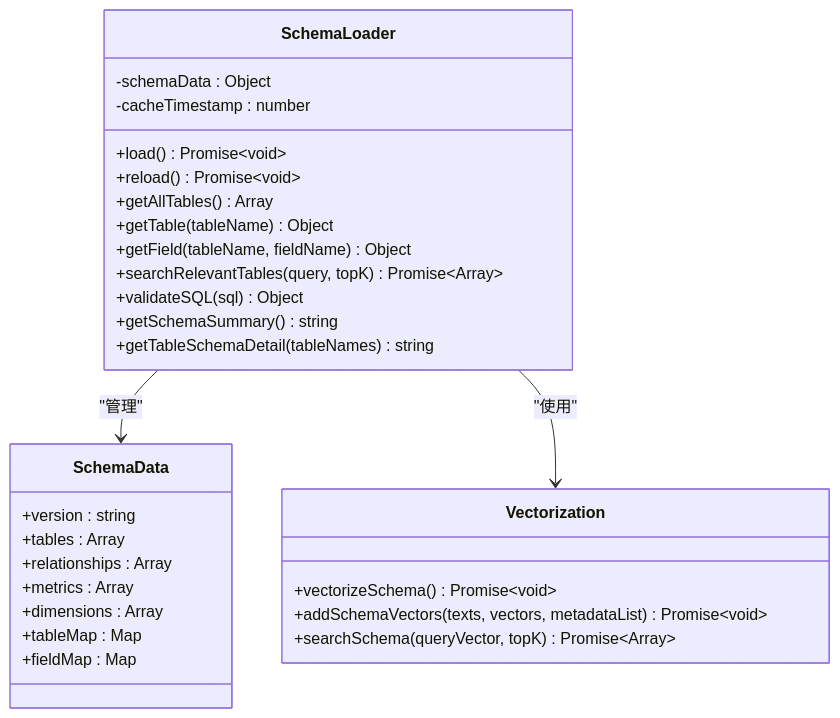
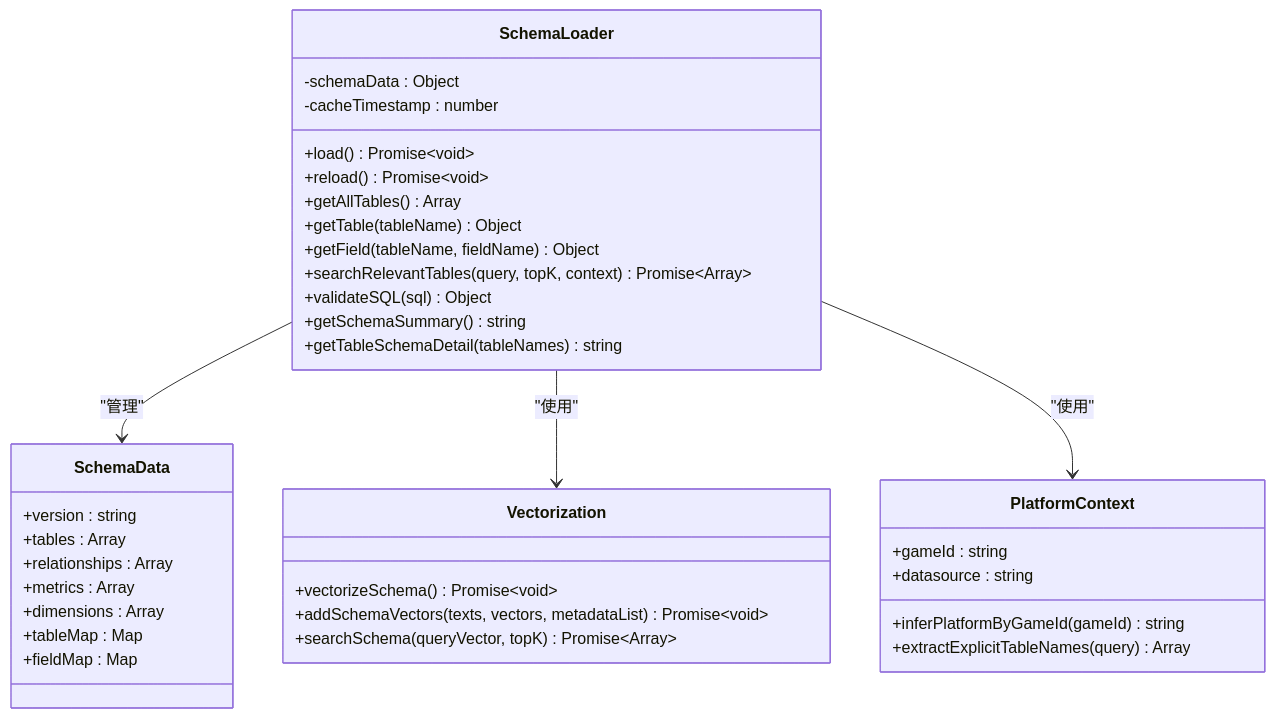
Before and after one commit to HanHuiOnLine/724-office: diagram 12 of 18 in .qoder/repowiki/zh/content/核心模块详解/NL2SQL自然语言到SQL系统/NL2SQL自然语言到SQL系统.md, drawn with Mermaid. The commit also changed other lines of this file and 115 other files, not shown here.

````diff
--- a/.qoder/repowiki/zh/content/核心模块详解/NL2SQL自然语言到SQL系统/NL2SQL自然语言到SQL系统.md
+++ b/.qoder/repowiki/zh/content/核心模块详解/NL2SQL自然语言到SQL系统/NL2SQL自然语言到SQL系统.md
@@ -530,32 +600,39 @@
 ```mermaid
 classDiagram
 class SchemaLoader {
 -schemaData : Object
 -cacheTimestamp : number
 +load() Promise~void~
 +reload() Promise~void~
 +getAllTables() Array
 +getTable(tableName) Object
 +getField(tableName, fieldName) Object
-+searchRelevantTables(query, topK) Promise~Array~
++searchRelevantTables(query, topK, context) Promise~Array~
 +validateSQL(sql) Object
 +getSchemaSummary() string
 +getTableSchemaDetail(tableNames) string
 }
 class SchemaData {
 +version : string
 +tables : Array
 +relationships : Array
 +metrics : Array
 +dimensions : Array
 +tableMap : Map
 +fieldMap : Map
 }
 class Vectorization {
 +vectorizeSchema() Promise~void~
 +addSchemaVectors(texts, vectors, metadataList) Promise~void~
 +searchSchema(queryVector, topK) Promise~Array~
 }
+class PlatformContext {
++gameId : string
++datasource : string
++inferPlatformByGameId(gameId) string
++extractExplicitTableNames(query) Array
+}
 SchemaLoader --> SchemaData : "管理"
 SchemaLoader --> Vectorization : "使用"
+SchemaLoader --> PlatformContext : "使用"
 ```
````
